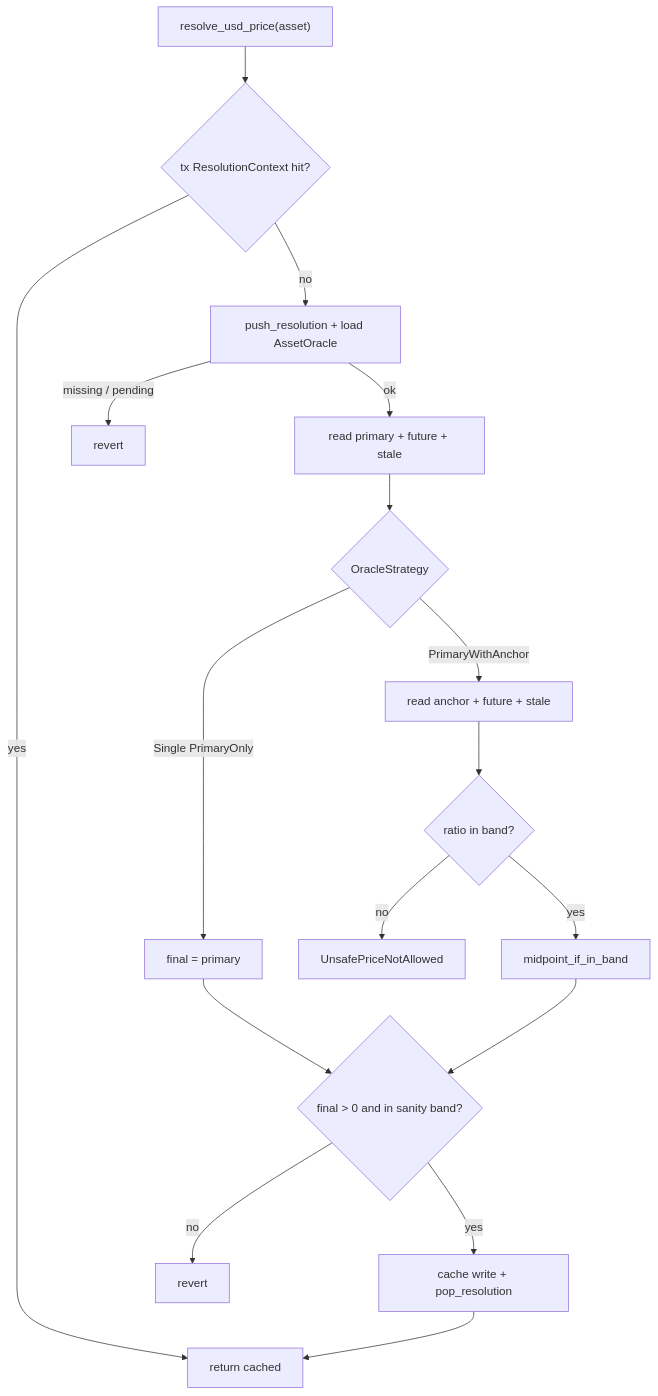
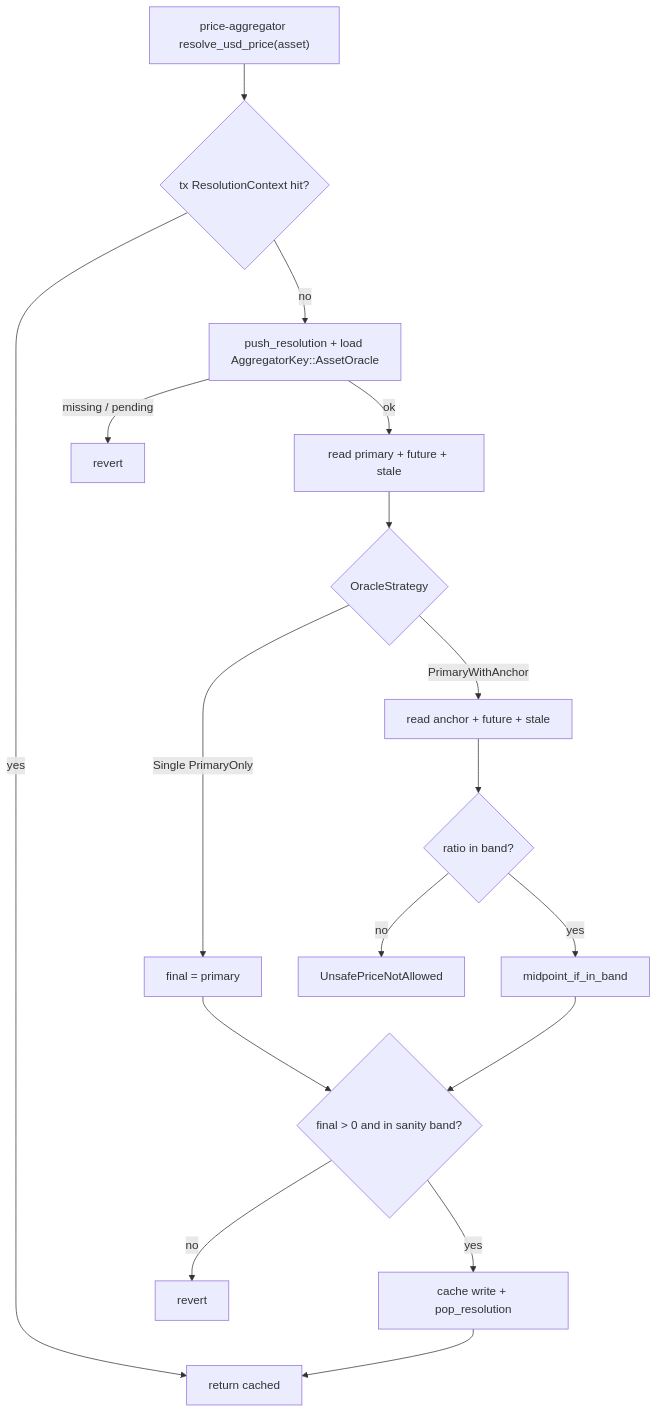
One commit to XOXNO/rs-lending-xlm changed the third of 3 diagrams in docs/reference/invariants.md. Above: the diagram before and after it, drawn with Mermaid. The commit also changed other lines of this file and 7 other files, not shown here.

First line of the commit message:
docs: move AssetOracle ownership to price-aggregator in architecture docs

````diff
--- a/docs/reference/invariants.md
+++ b/docs/reference/invariants.md
@@ -430,19 +439,19 @@
 ```mermaid
 flowchart TD
-    A["resolve_usd_price(asset)"] --> B{"tx ResolutionContext hit?"}
+    A["price-aggregator resolve_usd_price(asset)"] --> B{"tx ResolutionContext hit?"}
     B -->|yes| Z["return cached"]
-    B -->|no| C["push_resolution + load AssetOracle"]
+    B -->|no| C["push_resolution + load AggregatorKey::AssetOracle"]
     C -->|missing / pending| R1["revert"]
     C -->|ok| D["read primary + future + stale"]
     D --> E{"OracleStrategy"}
     E -->|Single PrimaryOnly| F["final = primary"]
     E -->|PrimaryWithAnchor| G["read anchor + future + stale"]
     G --> H{"ratio in band?"}
     H -->|no| R2["UnsafePriceNotAllowed"]
     H -->|yes| I["midpoint_if_in_band"]
     F --> J{"final > 0 and in sanity band?"}
     I --> J
     J -->|no| R3["revert"]
     J -->|yes| K["cache write + pop_resolution"]
     K --> Z
 ```
````
